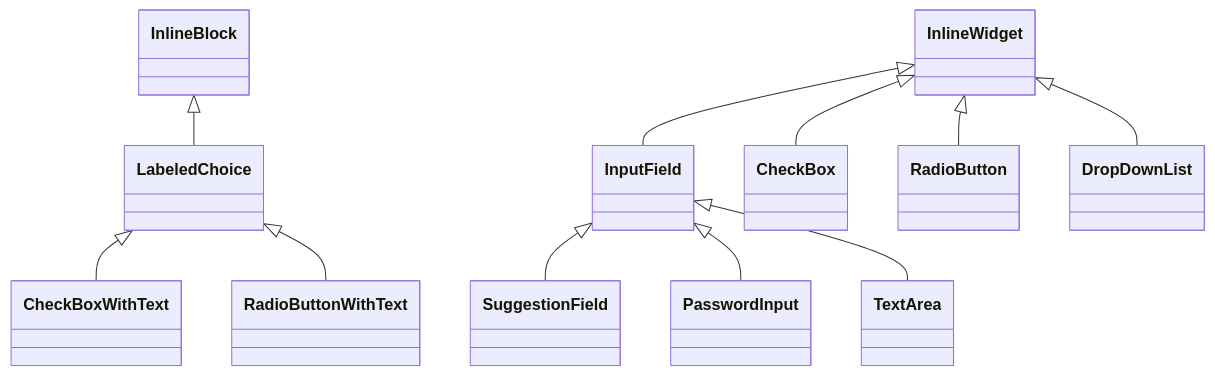
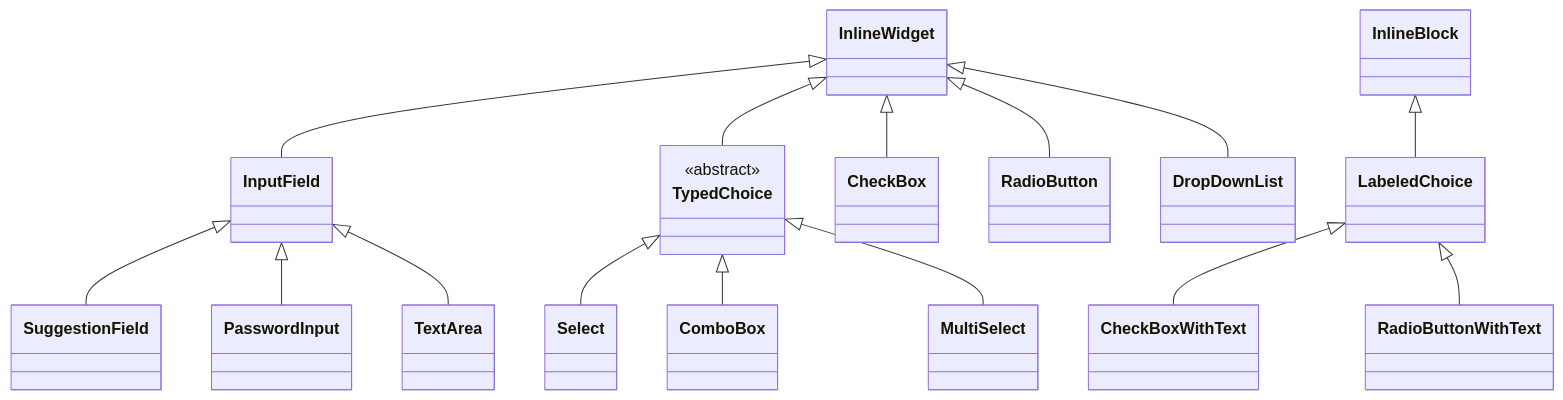
Before and after one commit to kniazkov/widgets: the fourth of 6 diagrams in docs/WIDGETS.md, drawn with Mermaid. The commit also changed other lines of this file and 27 other files, not shown here.

Commit message:
Add typed keyed selection and asynchronous ComboBox search

````diff
--- a/docs/WIDGETS.md
+++ b/docs/WIDGETS.md
@@ -67,14 +67,21 @@
 ```mermaid
 classDiagram
     direction TB
     InlineWidget <|-- InputField
     InlineBlock <|-- LabeledChoice
     LabeledChoice <|-- CheckBoxWithText
     LabeledChoice <|-- RadioButtonWithText
     InlineWidget <|-- CheckBox
     InlineWidget <|-- RadioButton
     InlineWidget <|-- DropDownList
+    class TypedChoice {
+        <<abstract>>
+    }
+    InlineWidget <|-- TypedChoice
+    TypedChoice <|-- Select
+    TypedChoice <|-- ComboBox
+    TypedChoice <|-- MultiSelect
     InputField <|-- SuggestionField
     InputField <|-- PasswordInput
     InputField <|-- TextArea
 ```
````
